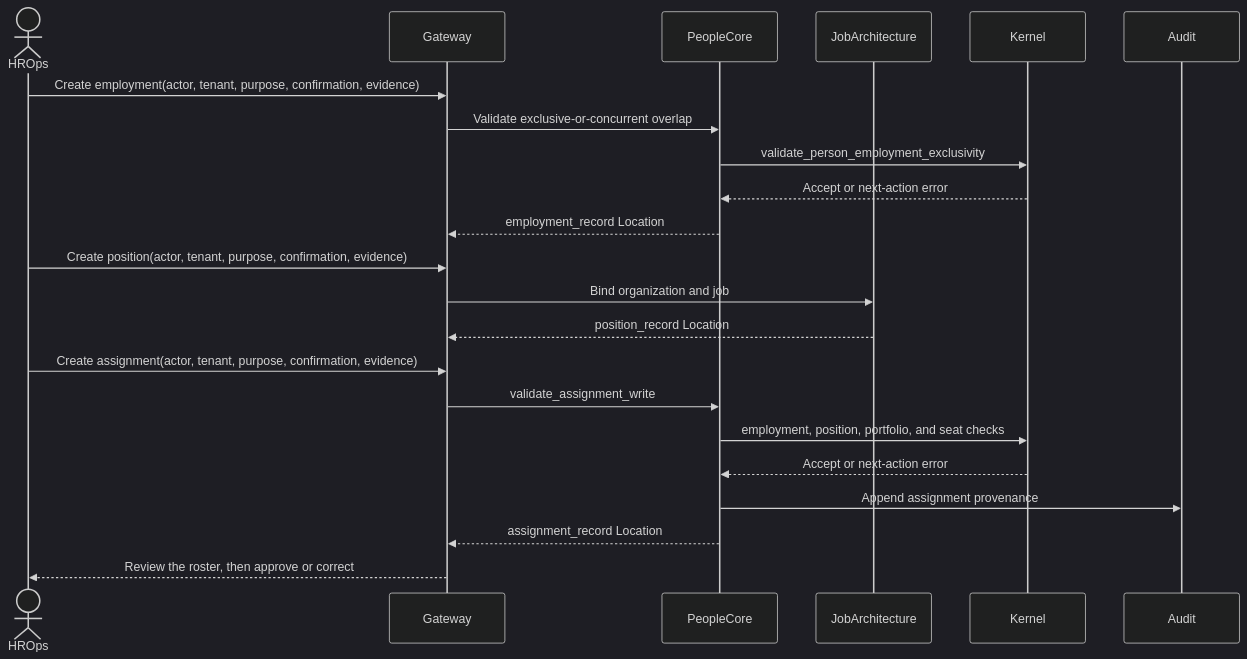
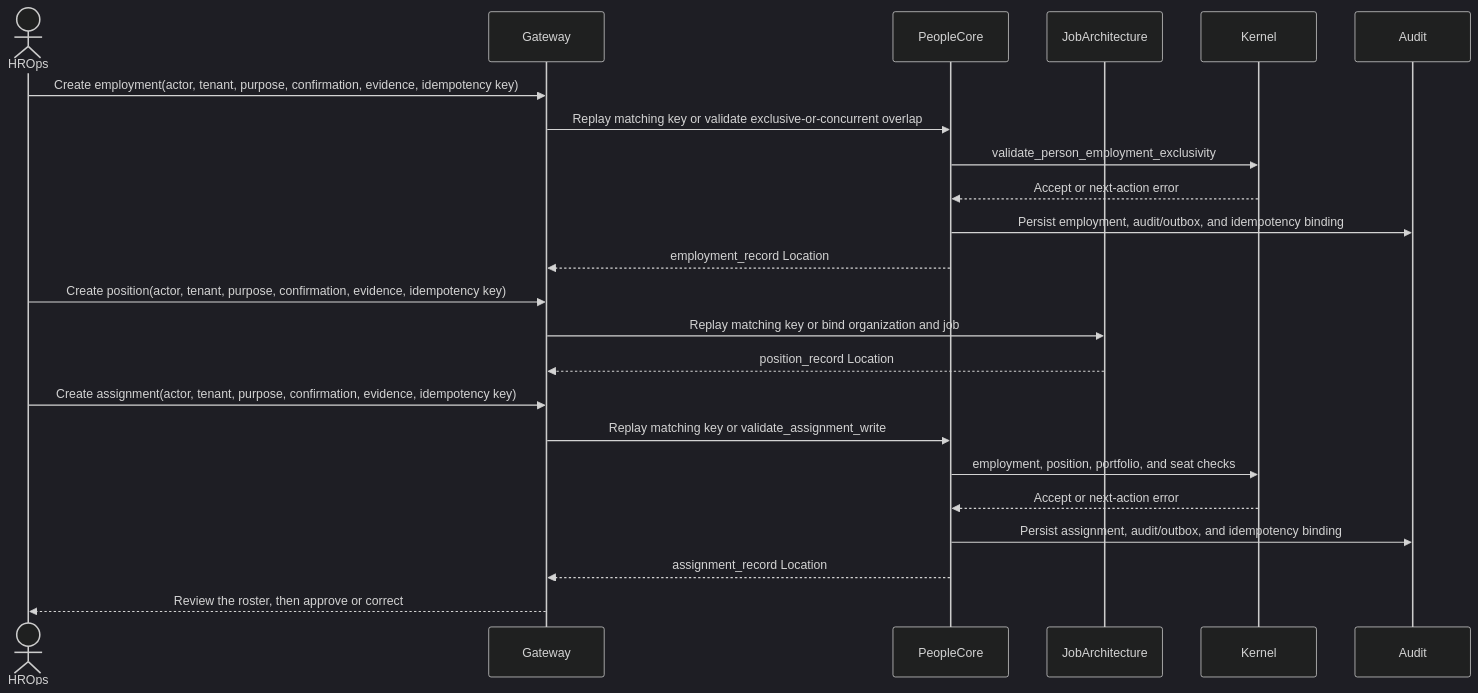
One commit to ContextualWisdomLab/Orgmetra changed the fourth of 4 diagrams in docs/UML.md. Above: the diagram before and after it, drawn with Mermaid (dark theme). The commit also changed 20 other files, not shown here.

First line of the commit message:
fix: bind Idempotency-Key through People mutation write port

````diff
--- a/docs/UML.md
+++ b/docs/UML.md
@@ -96,25 +96,26 @@
 ```mermaid
 sequenceDiagram
     actor HROps
     participant Gateway
     participant PeopleCore
     participant JobArchitecture
     participant Kernel
     participant Audit
 
-    HROps->>Gateway: Create employment(actor, tenant, purpose, confirmation, evidence)
-    Gateway->>PeopleCore: Validate exclusive-or-concurrent overlap
+    HROps->>Gateway: Create employment(actor, tenant, purpose, confirmation, evidence, idempotency key)
+    Gateway->>PeopleCore: Replay matching key or validate exclusive-or-concurrent overlap
     PeopleCore->>Kernel: validate_person_employment_exclusivity
     Kernel-->>PeopleCore: Accept or next-action error
+    PeopleCore->>Audit: Persist employment, audit/outbox, and idempotency binding
     PeopleCore-->>Gateway: employment_record Location
-    HROps->>Gateway: Create position(actor, tenant, purpose, confirmation, evidence)
-    Gateway->>JobArchitecture: Bind organization and job
+    HROps->>Gateway: Create position(actor, tenant, purpose, confirmation, evidence, idempotency key)
+    Gateway->>JobArchitecture: Replay matching key or bind organization and job
     JobArchitecture-->>Gateway: position_record Location
-    HROps->>Gateway: Create assignment(actor, tenant, purpose, confirmation, evidence)
-    Gateway->>PeopleCore: validate_assignment_write
+    HROps->>Gateway: Create assignment(actor, tenant, purpose, confirmation, evidence, idempotency key)
+    Gateway->>PeopleCore: Replay matching key or validate_assignment_write
     PeopleCore->>Kernel: employment, position, portfolio, and seat checks
     Kernel-->>PeopleCore: Accept or next-action error
-    PeopleCore->>Audit: Append assignment provenance
+    PeopleCore->>Audit: Persist assignment, audit/outbox, and idempotency binding
     PeopleCore-->>Gateway: assignment_record Location
     Gateway-->>HROps: Review the roster, then approve or correct
 ```
````
